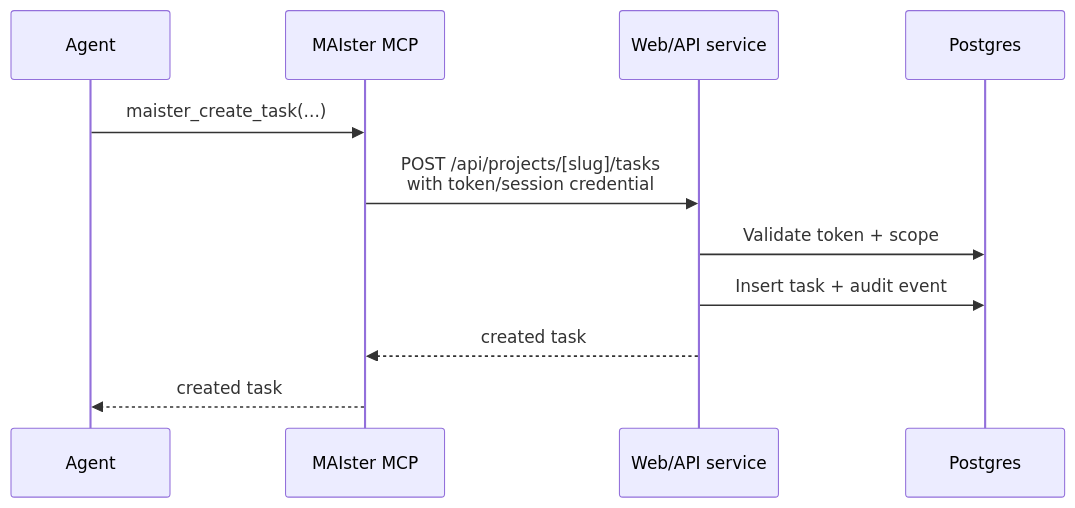
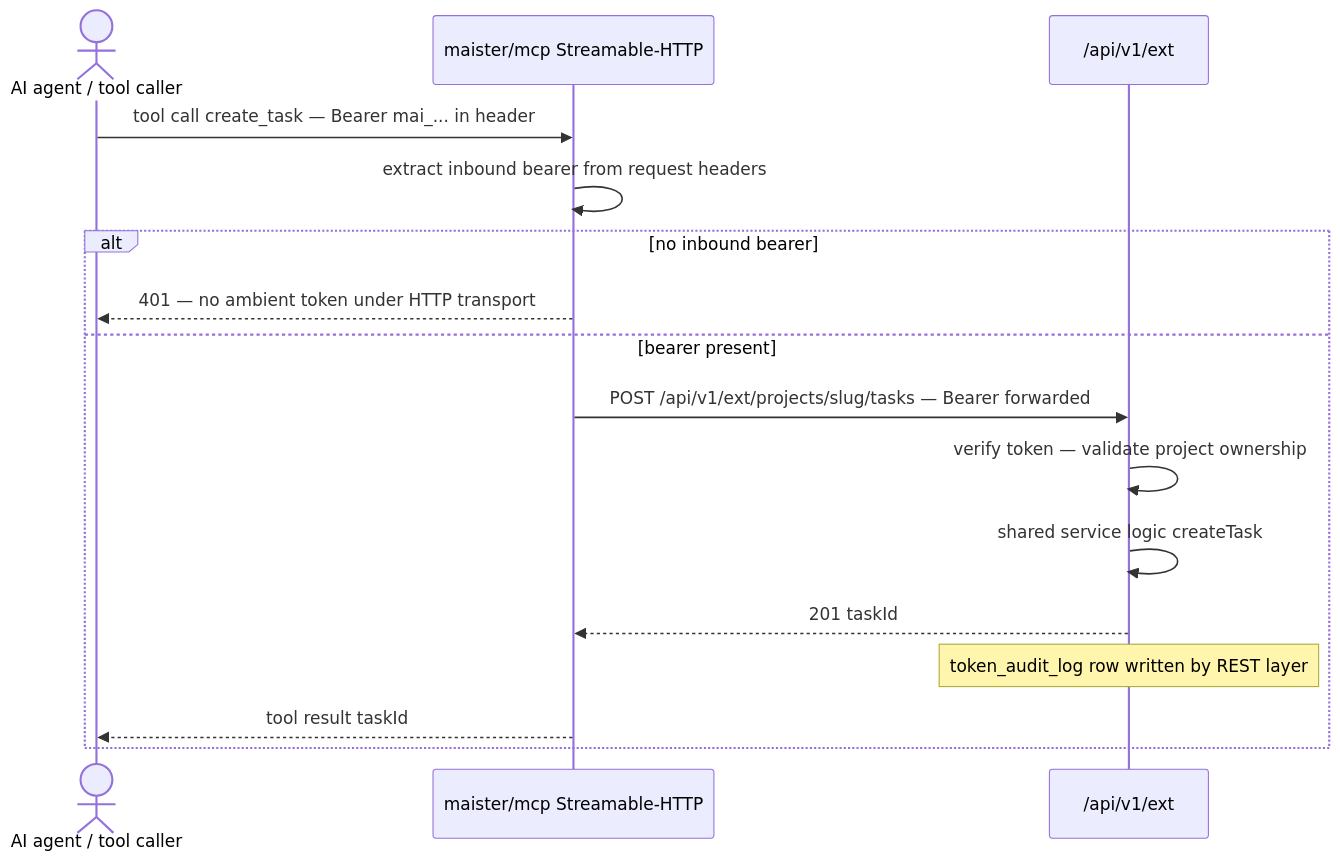
Before and after one commit to maister-dev/maister: the fifth of 5 diagrams in docs/system-analytics/external-operations.md, drawn with Mermaid. The commit also changed other lines of this file and 115 other files, not shown here.

````diff
--- a/docs/system-analytics/external-operations.md
+++ b/docs/system-analytics/external-operations.md
@@ -60,14 +200,19 @@
 ```mermaid
 sequenceDiagram
-    participant A as Agent
-    participant MCP as MAIster MCP
-    participant W as Web/API service
-    participant DB as Postgres
+    actor Agent as AI agent / tool caller
+    participant MCP as maister/mcp Streamable-HTTP
+    participant EXT as /api/v1/ext
 
-    A->>MCP: maister_create_task(...)
-    MCP->>W: POST /api/projects/[slug]/tasks<br/>with token/session credential
-    W->>DB: Validate token + scope
-    W->>DB: Insert task + audit event
-    W-->>MCP: created task
-    MCP-->>A: created task
+    Agent->>MCP: tool call create_task — Bearer mai_... in header
+    MCP->>MCP: extract inbound bearer from request headers
+    alt no inbound bearer
+        MCP-->>Agent: 401 — no ambient token under HTTP transport
+    else bearer present
+        MCP->>EXT: POST /api/v1/ext/projects/slug/tasks — Bearer forwarded
+        EXT->>EXT: verify token — validate project ownership
+        EXT->>EXT: shared service logic createTask
+        EXT-->>MCP: 201 taskId
+        Note over EXT: token_audit_log row written by REST layer
+        MCP-->>Agent: tool result taskId
+    end
 ```
````
